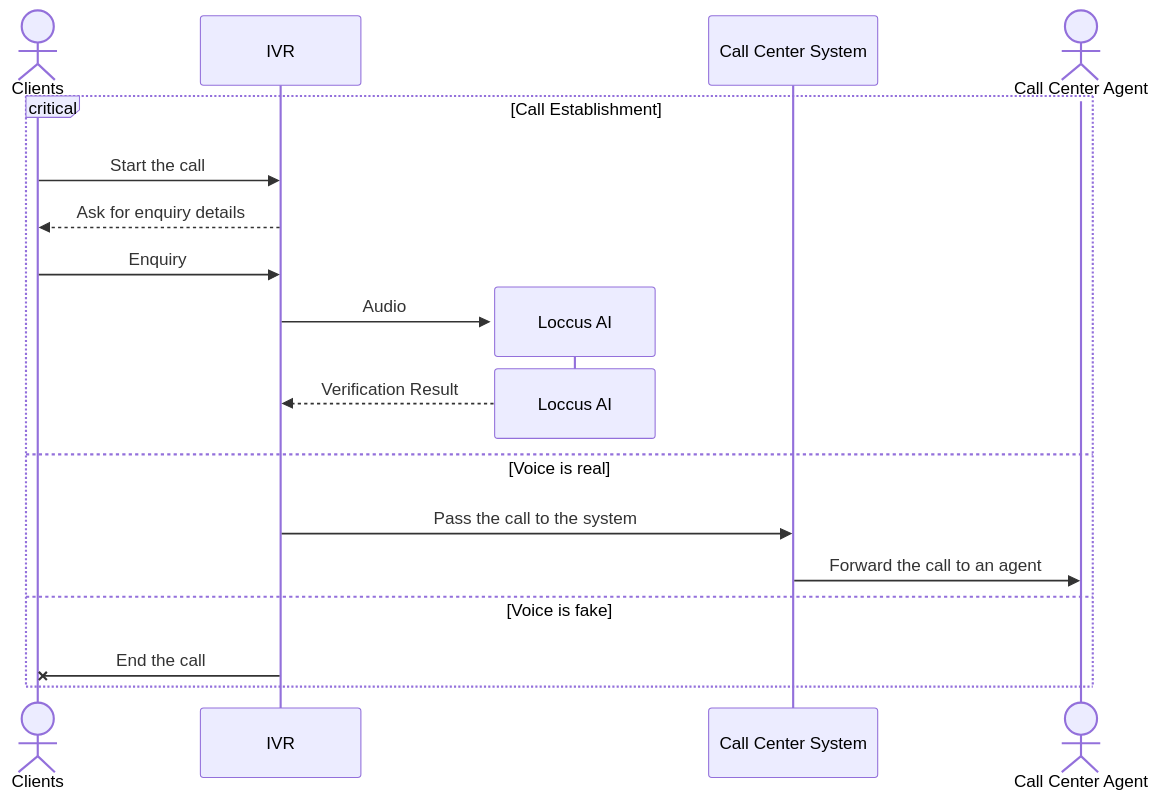
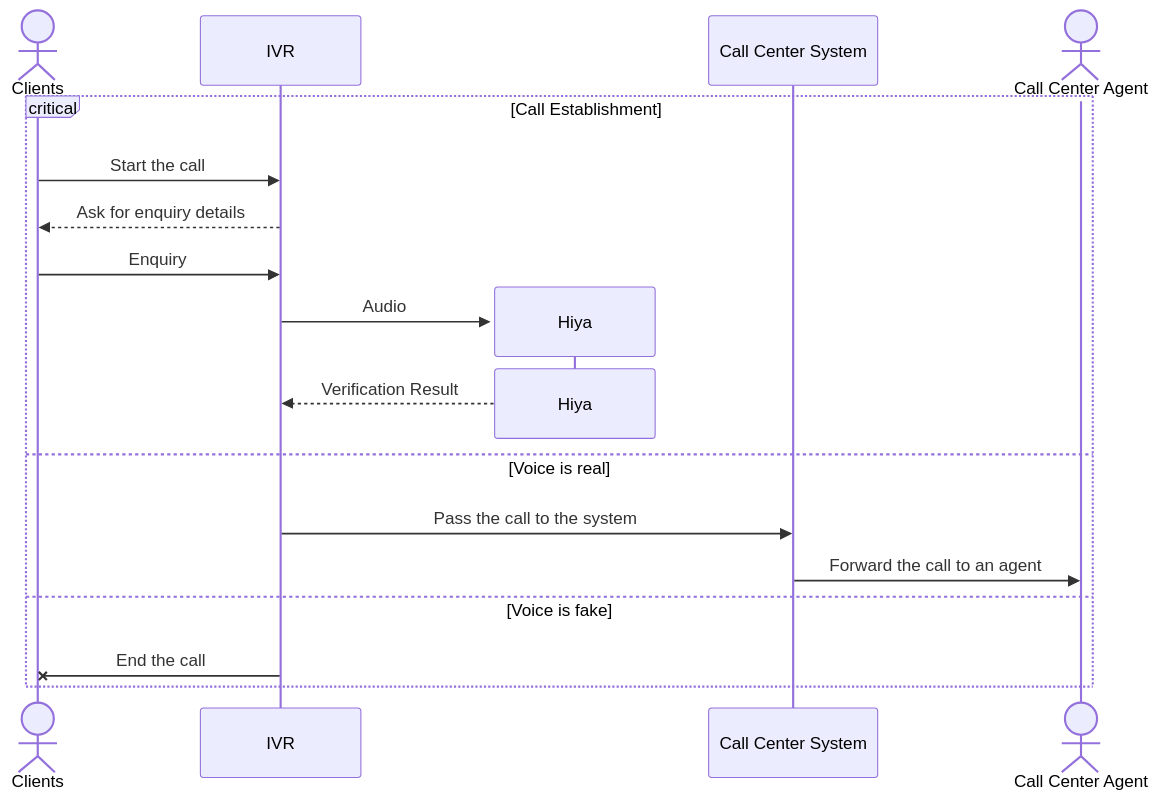
The first of 2 diagrams in use-cases/authenticity/call-center-authenticity-use-case.mdx (Victor-Hiya/docs), drawn with Mermaid before and after one commit. The commit also changed other lines of this file and 19 other files, not shown here.

````diff
--- a/use-cases/authenticity/call-center-authenticity-use-case.mdx
+++ b/use-cases/authenticity/call-center-authenticity-use-case.mdx
@@ -22,19 +27,19 @@
 ```mermaid
 sequenceDiagram
 actor Clients
 critical Call Establishment
     Clients ->> IVR: Start the call
     IVR -->>Clients: Ask for enquiry details
     Clients ->> IVR: Enquiry
-    create participant Loccus AI
-    IVR ->> Loccus AI: Audio
-    destroy Loccus AI
-    Loccus AI -->> IVR: Verification Result
+    create participant Hiya
+    IVR ->> Hiya: Audio
+    destroy Hiya
+    Hiya -->> IVR: Verification Result
 option Voice is real
     IVR ->> Call Center System: Pass the call to the system
     actor Call Center Agent
     Call Center System ->> Call Center Agent: Forward the call to an agent
 option Voice is fake
     IVR -x Clients: End the call
 end
 ```
````
